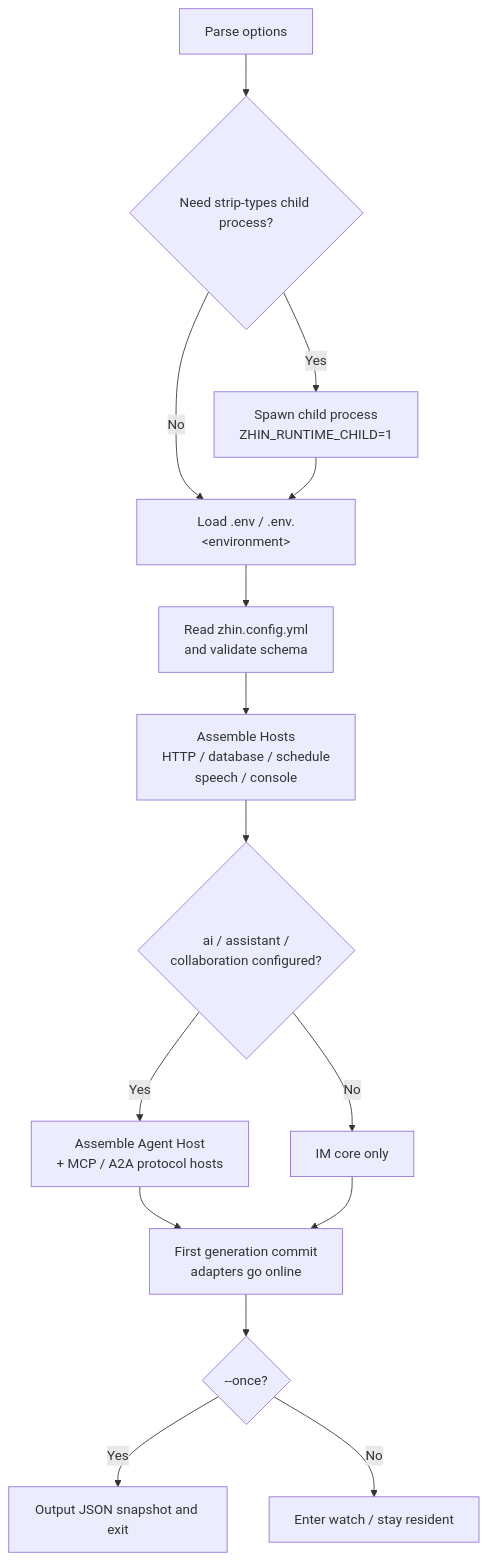
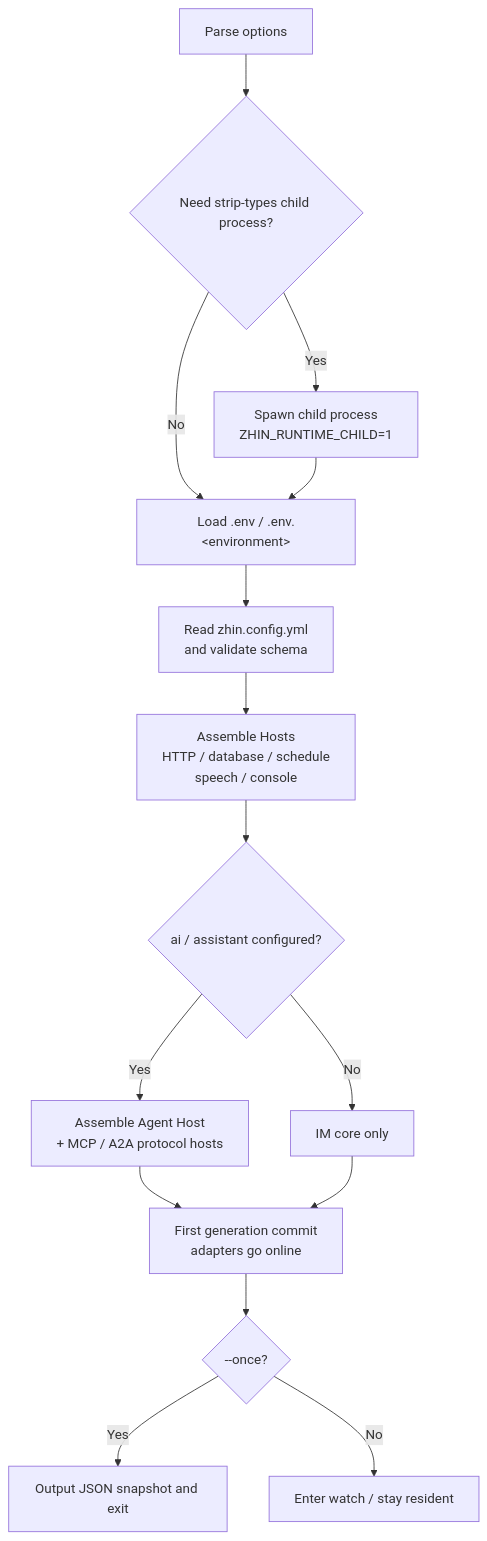
Before and after one commit to zhinjs/zhin: the diagram in docs/en/cli/runtime.md, drawn with Mermaid. The commit also changed other lines of this file and 99 other files, not shown here.

````diff
--- a/docs/en/cli/runtime.md
+++ b/docs/en/cli/runtime.md
@@ -48,17 +48,17 @@
 ```mermaid
 flowchart TD
     A[Parse options] --> B{Need strip-types child process?}
     B -- Yes --> C[Spawn child process<br/>ZHIN_RUNTIME_CHILD=1]
     B -- No --> D[Load .env / .env.&lt;environment&gt;]
     C --> D
     D --> E[Read zhin.config.yml<br/>and validate schema]
     E --> F[Assemble Hosts<br/>HTTP / database / schedule<br/>speech / console]
-    F --> G{ai / assistant /<br/>collaboration configured?}
+    F --> G{ai / assistant configured?}
     G -- Yes --> H[Assemble Agent Host<br/>+ MCP / A2A protocol hosts]
     G -- No --> I[IM core only]
     H --> J[First generation commit<br/>adapters go online]
     I --> J
     J --> K{--once?}
     K -- Yes --> L[Output JSON snapshot and exit]
     K -- No --> M[Enter watch / stay resident]
 ```
````
